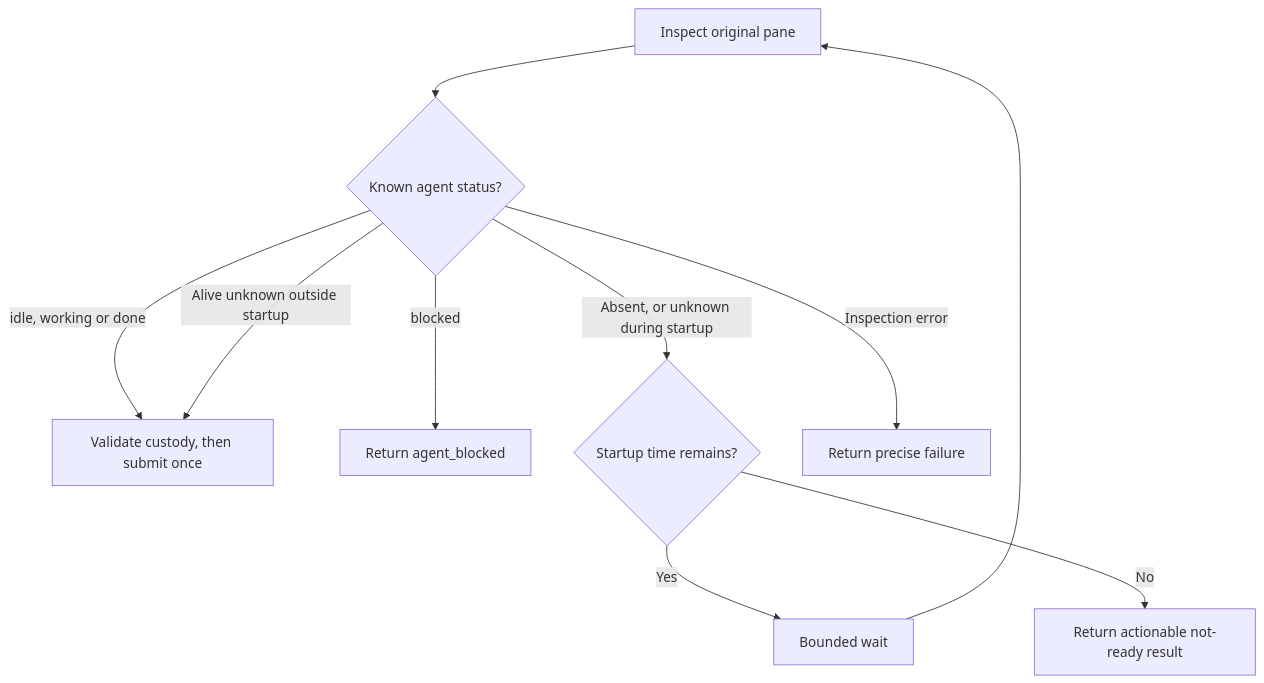
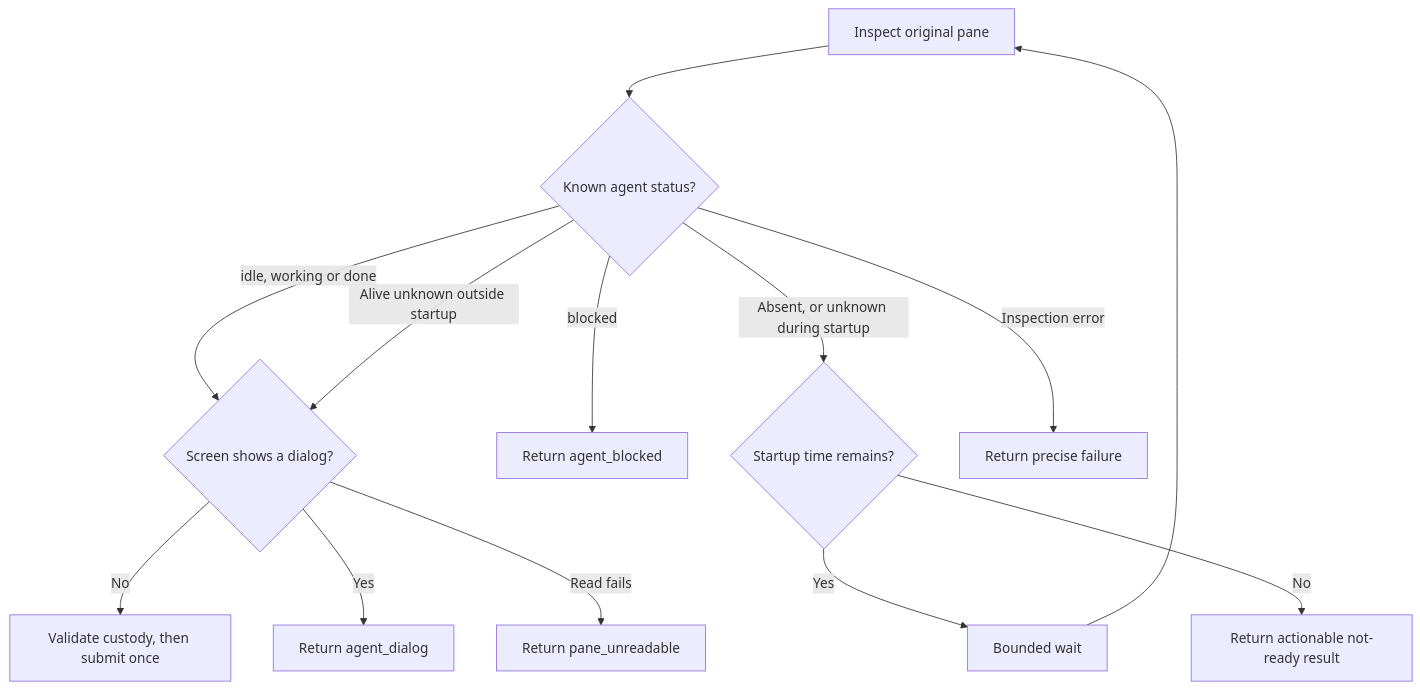
One commit to promptdriven/pdd changed the second of 2 diagrams in prompts/cli/workflow-chat.prompt.md. Above: the diagram before and after it, drawn with Mermaid. The commit also changed other lines of this file and 8 other files, not shown here.

First line of the commit message:
Hold a chat delivery while the agent shows a dialog (#2939)

````diff
--- a/prompts/cli/workflow-chat.prompt.md
+++ b/prompts/cli/workflow-chat.prompt.md
@@ -94,12 +94,15 @@
 ```mermaid
 flowchart TD
     I[Inspect original pane] --> R{Known agent status?}
-    R -->|idle, working or done| S[Validate custody, then submit once]
-    R -->|Alive unknown outside startup| S
+    R -->|idle, working or done| C{Screen shows a dialog?}
+    R -->|Alive unknown outside startup| C
+    C -->|No| S[Validate custody, then submit once]
+    C -->|Yes| G[Return agent_dialog]
+    C -->|Read fails| U[Return pane_unreadable]
     R -->|blocked| B[Return agent_blocked]
     R -->|Absent, or unknown during startup| W{Startup time remains?}
     R -->|Inspection error| F[Return precise failure]
     W -->|Yes| D[Bounded wait]
     D --> I
     W -->|No| N[Return actionable not-ready result]
 ```
````
